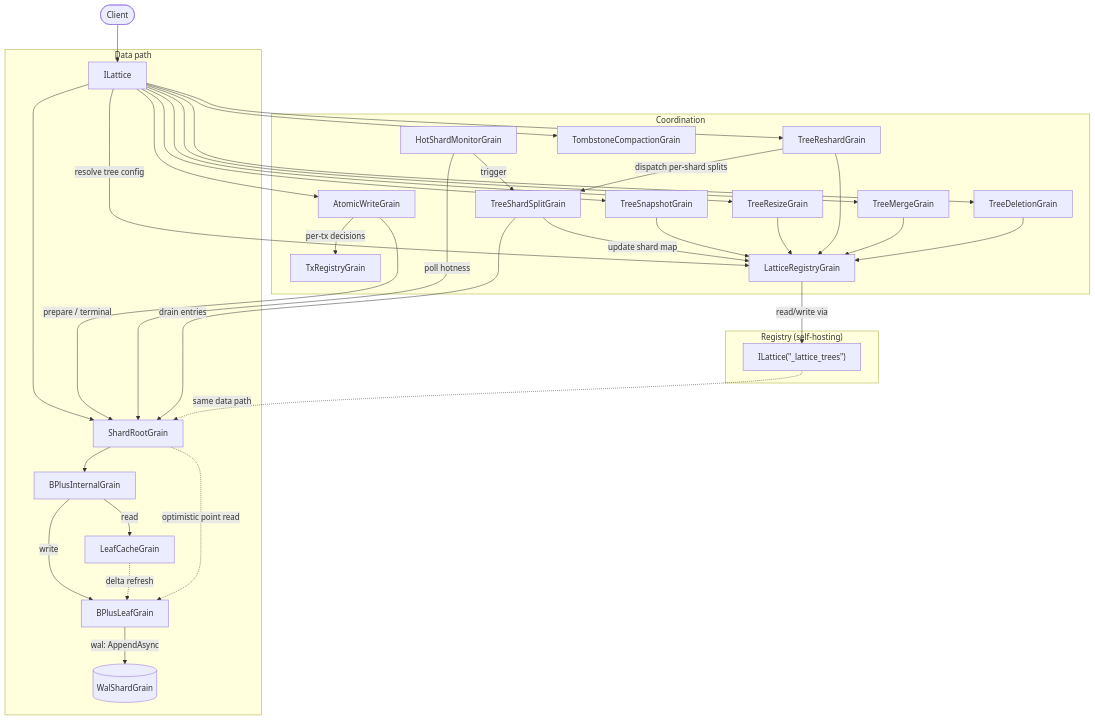
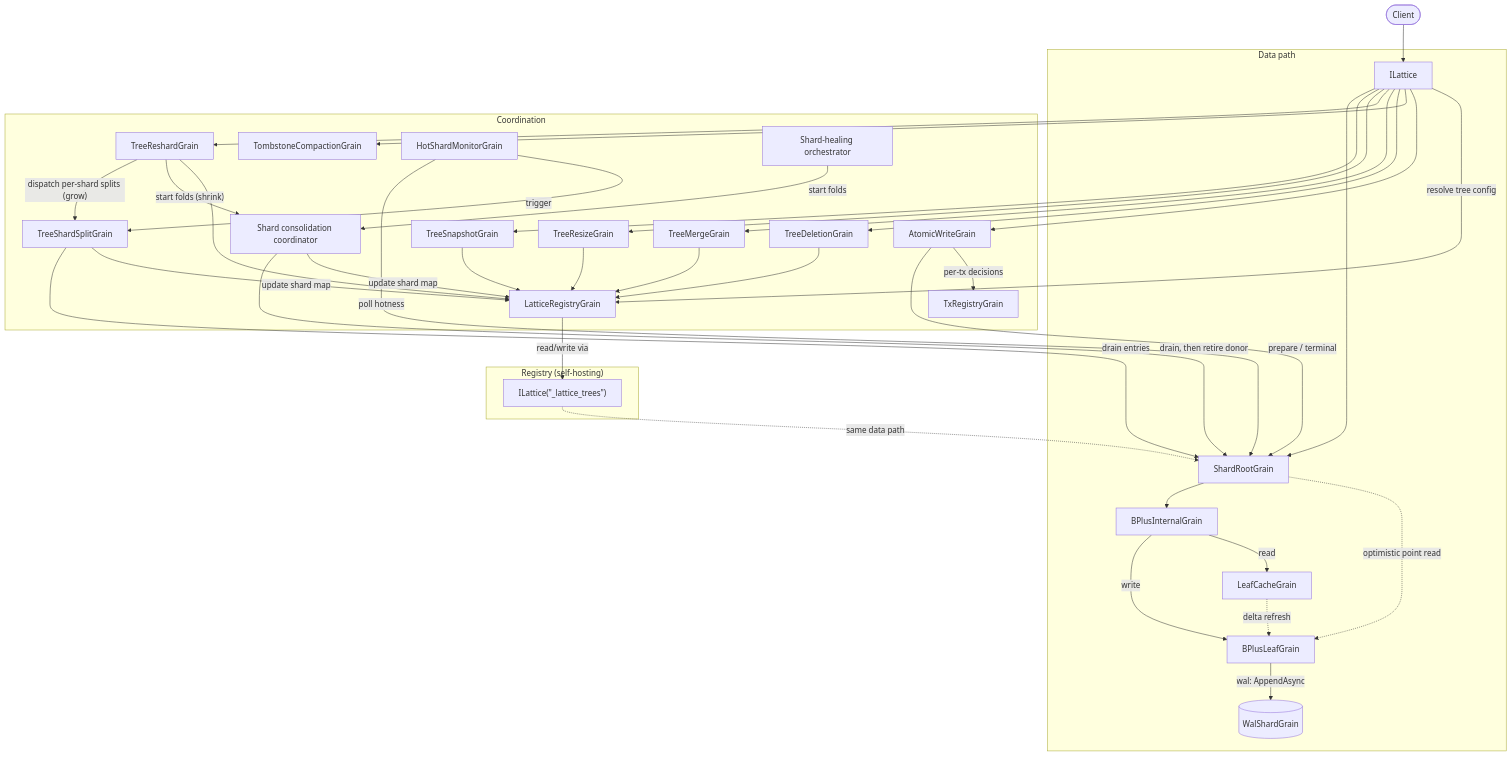
The third of 3 diagrams in docs/lattice/architecture.md (NSTA1/Orleans.Lattice), drawn with Mermaid before and after one commit. The commit also changed other lines of this file and 384 other files, not shown here.

````diff
--- a/docs/lattice/architecture.md
+++ b/docs/lattice/architecture.md
@@ -183,43 +183,47 @@
 ```mermaid
 flowchart TD
     Client([Client]) --> ILattice
 
     subgraph "Data path"
         ILattice --> ShardRoot[ShardRootGrain]
         ShardRoot --> Internal[BPlusInternalGrain]
         Internal -->|write| Leaf[BPlusLeafGrain]
         Internal -->|read| Cache[LeafCacheGrain]
         Cache -.->|delta refresh| Leaf
         ShardRoot -.->|optimistic point read| Leaf
         Leaf -->|"wal: AppendAsync"| Wal[(WalShardGrain)]
     end
 
     subgraph "Coordination"
         ILattice --> Snapshot[TreeSnapshotGrain]
         ILattice --> Resize[TreeResizeGrain]
         ILattice --> Reshard[TreeReshardGrain]
         ILattice --> Merge[TreeMergeGrain]
         ILattice --> Delete[TreeDeletionGrain]
         ILattice --> Compact[TombstoneCompactionGrain]
         ILattice --> Atomic[AtomicWriteGrain]
         Atomic -->|prepare / terminal| ShardRoot
         Atomic -->|"per-tx decisions"| TxReg[TxRegistryGrain]
         Monitor[HotShardMonitorGrain] -->|poll hotness| ShardRoot
         Monitor -->|trigger| Split[TreeShardSplitGrain]
-        Reshard -->|dispatch per-shard splits| Split
+        Reshard -->|"dispatch per-shard splits (grow)"| Split
+        Reshard -->|"start folds (shrink)"| Fold[Shard consolidation coordinator]
+        Healing[Shard-healing orchestrator] -->|start folds| Fold
+        Fold -->|"drain, then retire donor"| ShardRoot
+        Fold -->|update shard map| Registry
         Split -->|drain entries| ShardRoot
         Split -->|update shard map| Registry
     end
 
     subgraph "Registry (self-hosting)"
         ILattice -->|resolve tree config| Registry[LatticeRegistryGrain]
         Registry -->|read/write via| SelfLattice["ILattice(&quot;_lattice_trees&quot;)"]
         SelfLattice -.->|same data path| ShardRoot
     end
 
     Snapshot --> Registry
     Resize --> Registry
     Reshard --> Registry
     Merge --> Registry
     Delete --> Registry
 ```
````
